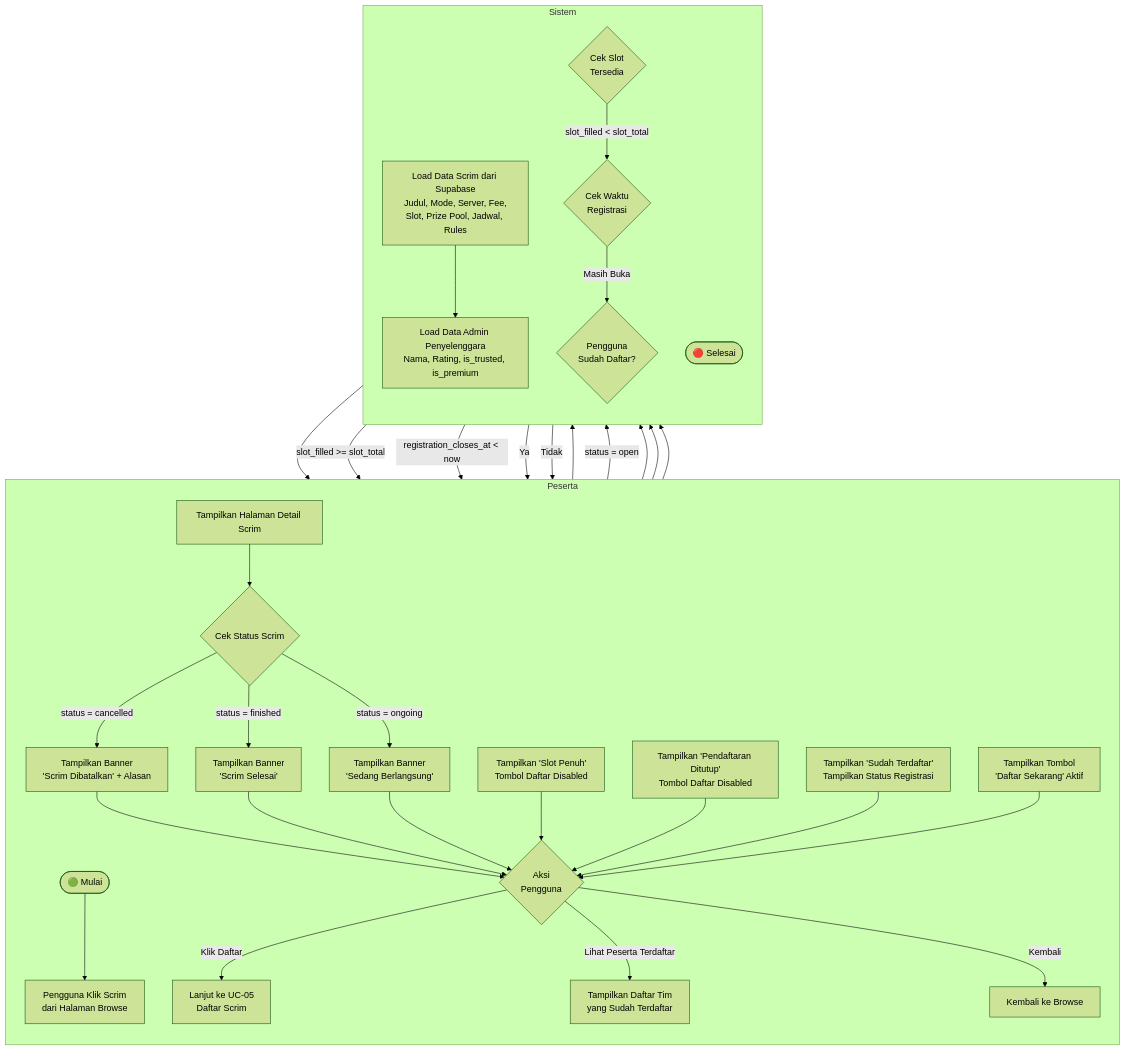
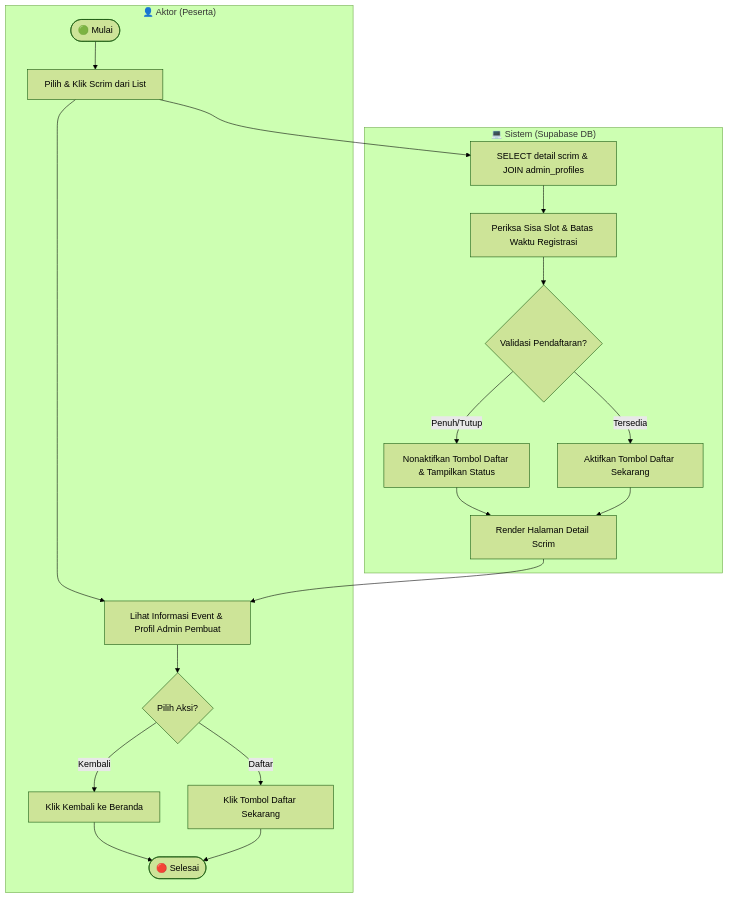
Before and after one commit to yosima050/booyahhub: the fifth of 43 diagrams in DOKUMENTASI.md, drawn with Mermaid (forest theme). The commit also changed other lines of this file, not shown here.

````diff
--- a/DOKUMENTASI.md
+++ b/DOKUMENTASI.md
@@ -304,31 +246,19 @@
 ```mermaid
 flowchart TD
-    subgraph Peserta
-        direction TB
-        A([🟢 Mulai]) --> B[Pengguna Klik Scrim<br/>dari Halaman Browse]
-        E --> F
-        G & H & I & K & M & O & P --> Q{Aksi<br/>Pengguna}
-        Q -->|Klik Daftar| R[Lanjut ke UC-05<br/>Daftar Scrim]
-        Q -->|Lihat Peserta Terdaftar| S
-        Q -->|Kembali| T[Kembali ke Browse]
+    subgraph Aktor ["👤 Aktor (Peserta)"]
+        D1([🟢 Mulai]) --> D2[Pilih & Klik Scrim dari List]
+        D2 --> D3[Lihat Informasi Event & Profil Admin Pembuat]
+        D3 --> D4{Pilih Aksi?}
+        D4 -->|Kembali| D5[Klik Kembali ke Beranda] --> D6([🔴 Selesai])
+        D4 -->|Daftar| D7[Klik Tombol Daftar Sekarang] --> D6
     end
 
-    subgraph Sistem
-        direction TB
-        B --> C[Load Data Scrim dari Supabase<br/>Judul, Mode, Server, Fee,<br/>Slot, Prize Pool, Jadwal, Rules]
-        C --> D[Load Data Admin Penyelenggara<br/>Nama, Rating, is_trusted, is_premium]
-        D --> E[Tampilkan Halaman Detail Scrim]
-        F{Cek Status Scrim} -->|status = cancelled| G[Tampilkan Banner<br/>'Scrim Dibatalkan' + Alasan]
-        F -->|status = finished| H[Tampilkan Banner<br/>'Scrim Selesai']
-        F -->|status = ongoing| I[Tampilkan Banner<br/>'Sedang Berlangsung']
-        F -->|status = open| J{Cek Slot<br/>Tersedia}
-        J -->|slot_filled >= slot_total| K[Tampilkan 'Slot Penuh'<br/>Tombol Daftar Disabled]
-        J -->|slot_filled < slot_total| L{Cek Waktu<br/>Registrasi}
-        L -->|registration_closes_at < now| M[Tampilkan 'Pendaftaran Ditutup'<br/>Tombol Daftar Disabled]
-        L -->|Masih Buka| N{Pengguna<br/>Sudah Daftar?}
-        N -->|Ya| O[Tampilkan 'Sudah Terdaftar'<br/>Tampilkan Status Registrasi]
-        N -->|Tidak| P[Tampilkan Tombol<br/>'Daftar Sekarang' Aktif]
-        S[Tampilkan Daftar Tim<br/>yang Sudah Terdaftar] --> U
-        R & T --> U([🔴 Selesai])
+    subgraph Sistem ["💻 Sistem (Supabase DB)"]
+        D2 --> S1[SELECT detail scrim & JOIN admin_profiles]
+        S1 --> S2[Periksa Sisa Slot & Batas Waktu Registrasi]
+        S2 --> S3{Validasi Pendaftaran?}
+        S3 -->|Penuh/Tutup| S4[Nonaktifkan Tombol Daftar & Tampilkan Status]
+        S3 -->|Tersedia| S5[Aktifkan Tombol Daftar Sekarang]
+        S4 & S5 --> S6[Render Halaman Detail Scrim] --> D3
     end
 ```
````
